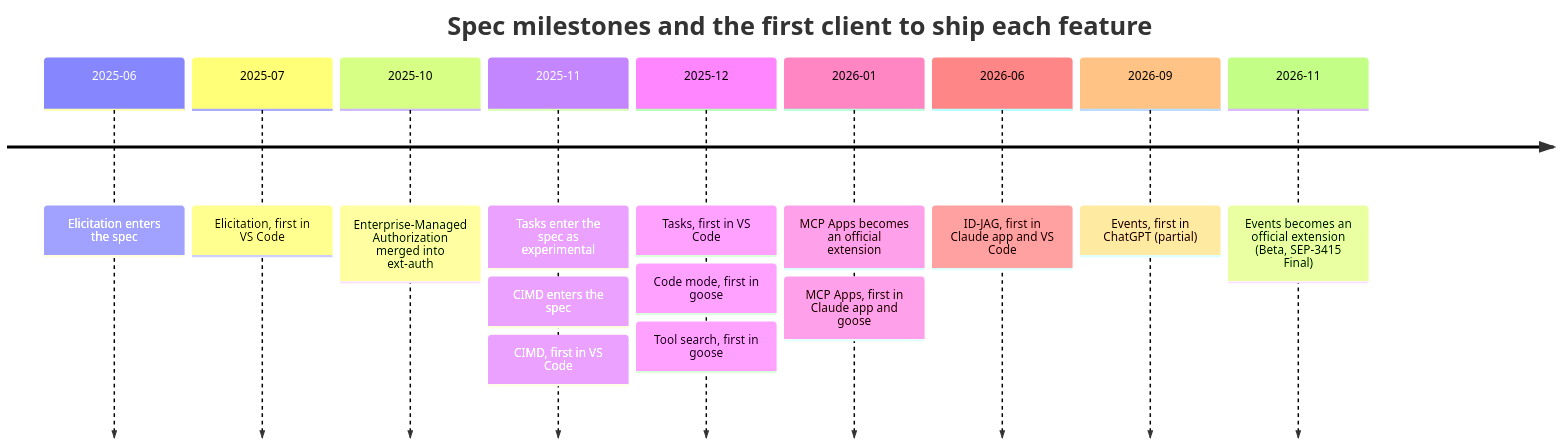
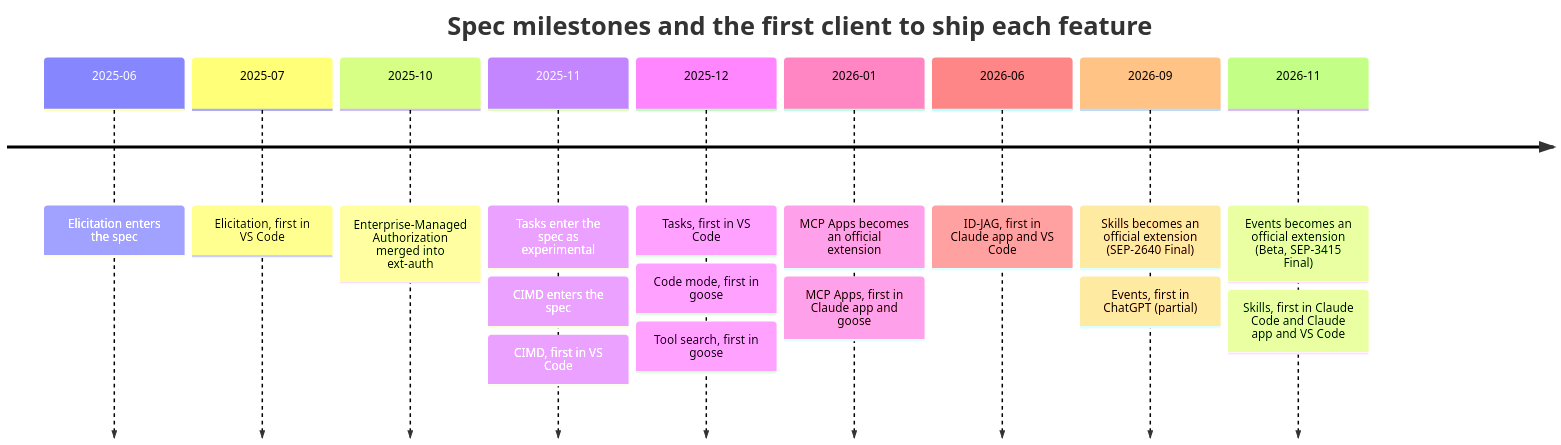
The first of 3 diagrams in README.md (StackOneHQ/mcp-clients-scorecard), drawn with Mermaid before and after one commit. The commit also changed other lines of this file and 73 other files, not shown here.

First line of the commit message:
feat(data): add the Skills column (MCP Skills extension, SEP-2640)

````diff
--- a/README.md
+++ b/README.md
@@ -232,13 +238,13 @@
 ```mermaid
 timeline
     title Spec milestones and the first client to ship each feature
     2025-06 : Elicitation enters the spec
     2025-07 : Elicitation, first in VS Code
     2025-10 : Enterprise-Managed Authorization merged into ext-auth
     2025-11 : Tasks enter the spec as experimental : CIMD enters the spec : CIMD, first in VS Code
     2025-12 : Tasks, first in VS Code : Code mode, first in goose : Tool search, first in goose
     2026-01 : MCP Apps becomes an official extension : MCP Apps, first in Claude app and goose
     2026-06 : ID-JAG, first in Claude app and VS Code
-    2026-09 : Events, first in ChatGPT (partial)
-    2026-11 : Events becomes an official extension (Beta, SEP-3415 Final)
+    2026-09 : Skills becomes an official extension (SEP-2640 Final) : Events, first in ChatGPT (partial)
+    2026-11 : Events becomes an official extension (Beta, SEP-3415 Final) : Skills, first in Claude Code and Claude app and VS Code
 ```
````
